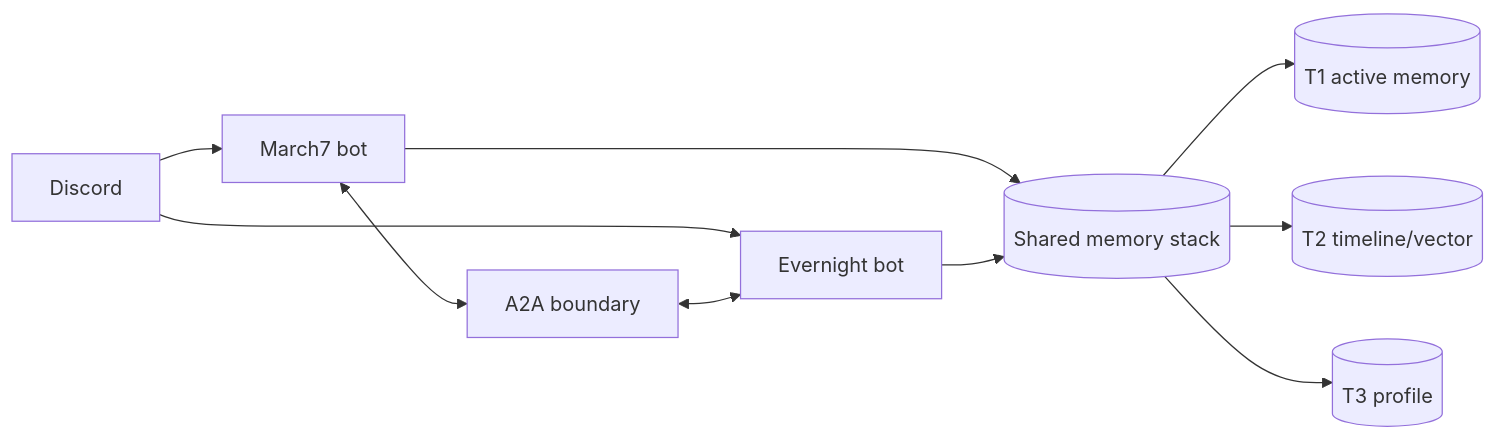
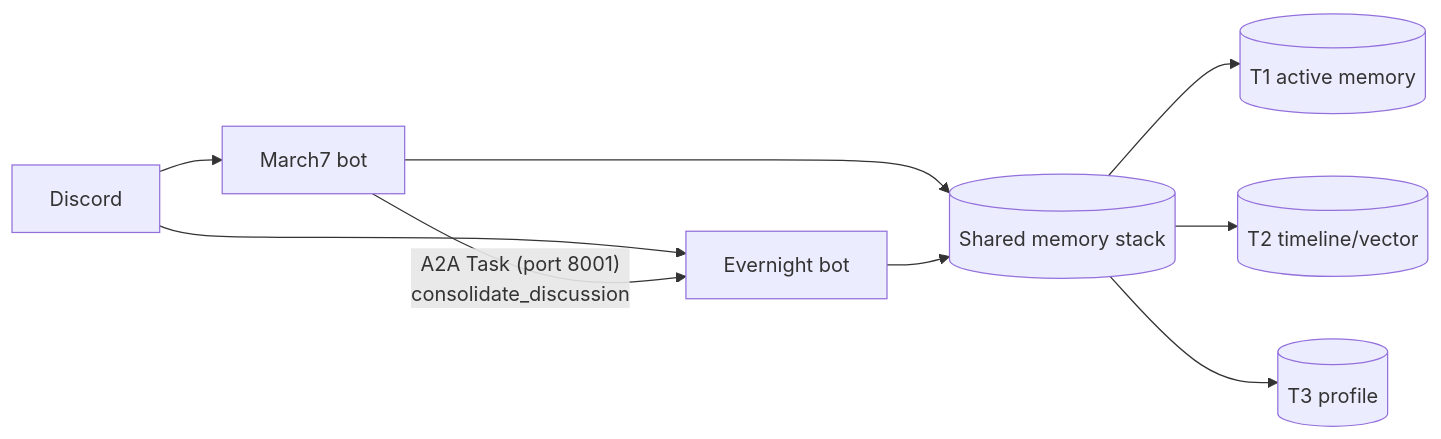
One commit to Flowerf19/Harness_agent changed the first of 2 diagrams in README.md. Above: the diagram before and after it, drawn with Mermaid. The commit also changed other lines of this file and 3 other files, not shown here.

````diff
--- a/README.md
+++ b/README.md
@@ -33,12 +33,11 @@
 ```mermaid
 flowchart LR
     D[Discord] --> M[March7 bot]
     D --> E[Evernight bot]
-    M <--> A[A2A boundary]
-    A <--> E
+    M -- "A2A Task (port 8001)<br/>consolidate_discussion" --> E
     M --> S[(Shared memory stack)]
     E --> S
     S --> T1[(T1 active memory)]
     S --> T2[(T2 timeline/vector)]
     S --> T3[(T3 profile)]
 ```
````
